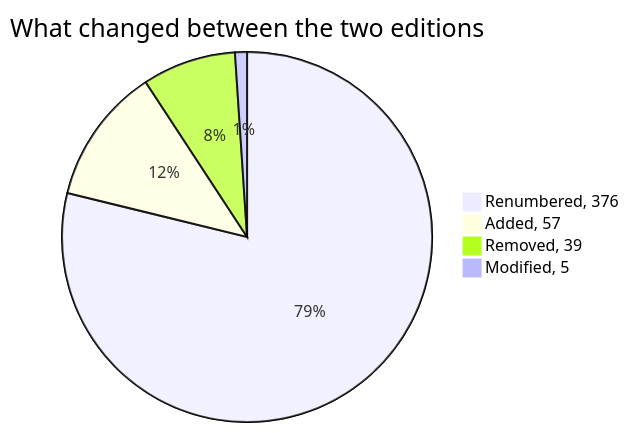
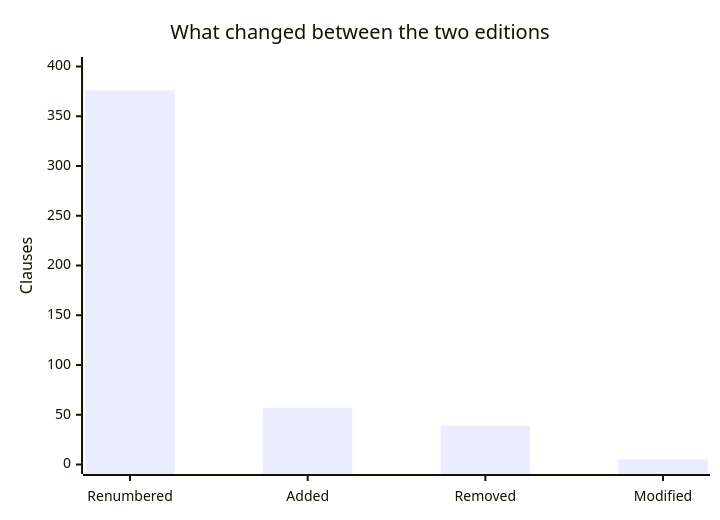
Before and after one commit to yerramsettysuchita/sanhita: diagram 11 of 15 in README.md, drawn with Mermaid. The commit also changed other lines of this file, not shown here.

````diff
--- a/README.md
+++ b/README.md
@@ -868,9 +868,7 @@
 ```mermaid
-%%{init: {"pie": {"textPosition": 0.55}, "themeVariables": {"pieOuterStrokeWidth": "1px", "pieSectionTextSize": "16px", "pieLegendTextSize": "16px"}}}%%
-pie
-    title What changed between the two editions
-    "Renumbered, 376" : 376
-    "Added, 57" : 57
-    "Removed, 39" : 39
-    "Modified, 5" : 5
+xychart-beta
+    title "What changed between the two editions"
+    x-axis ["Renumbered", "Added", "Removed", "Modified"]
+    y-axis "Clauses" 0 --> 400
+    bar [376, 57, 39, 5]
 ```
````
